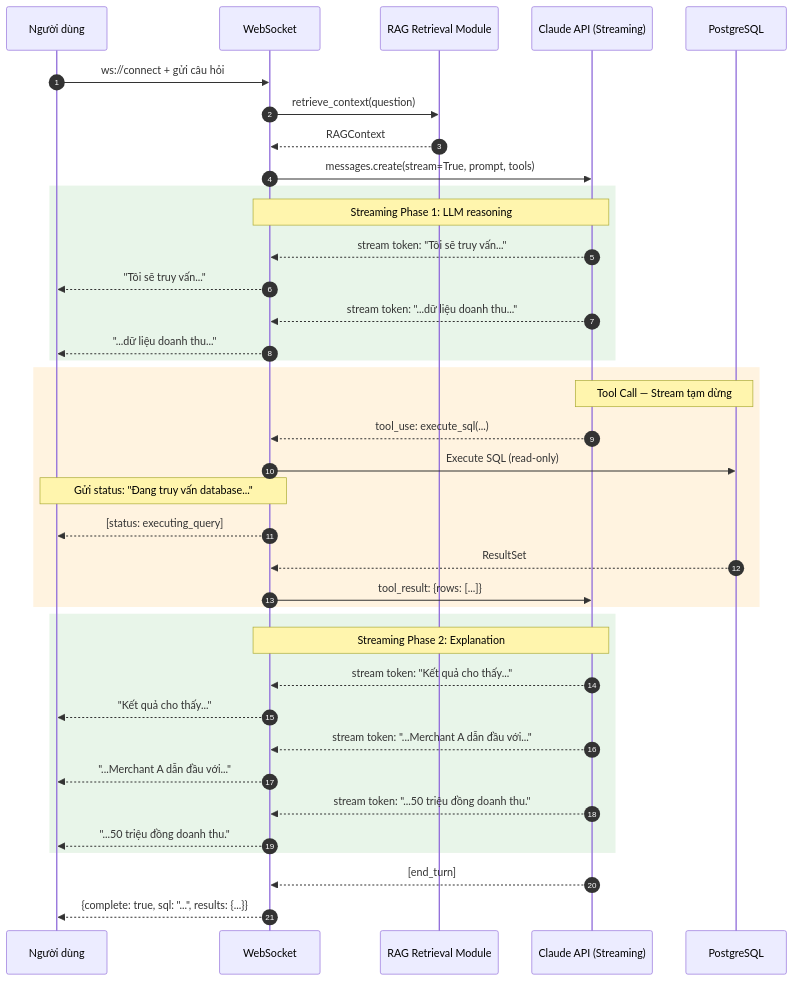
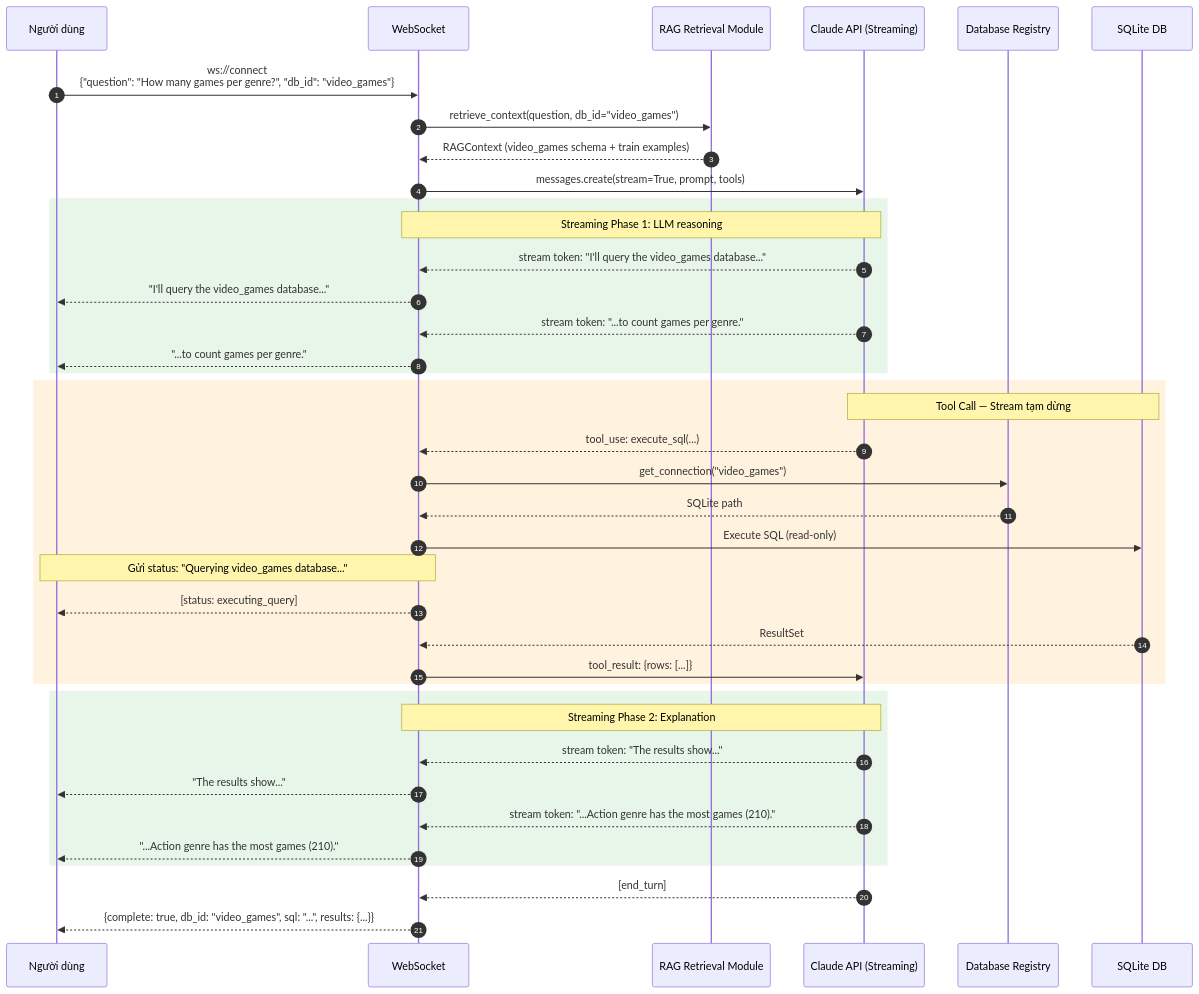
The fourth of 6 diagrams in docs/03_Technical_Assessment/pattern_2_rag_single_agent/04_sequence_diagrams.md (Learnheart/Text2SQL), drawn with Mermaid before and after one commit. The commit also changed other lines of this file and 3 other files, not shown here.

First line of the commit message:
rewrite architecture docs — BIRD multi-database + SQLite evaluation

````diff
--- a/docs/03_Technical_Assessment/pattern_2_rag_single_agent/04_sequence_diagrams.md
+++ b/docs/03_Technical_Assessment/pattern_2_rag_single_agent/04_sequence_diagrams.md
@@ -170,46 +172,47 @@
 ```mermaid
 sequenceDiagram
     autonumber
     participant User as Người dùng
     participant WS as WebSocket
     participant RAG as RAG Retrieval Module
     participant Claude as Claude API (Streaming)
-    participant PG as PostgreSQL
+    participant DR as Database Registry
+    participant SQLite as SQLite DB
 
-    User->>WS: ws://connect + gửi câu hỏi
-    WS->>RAG: retrieve_context(question)
-    RAG-->>WS: RAGContext
+    User->>WS: ws://connect<br/>{"question": "How many games per genre?", "db_id": "video_games"}
+    WS->>RAG: retrieve_context(question, db_id="video_games")
+    RAG-->>WS: RAGContext (video_games schema + train examples)
 
     WS->>Claude: messages.create(stream=True, prompt, tools)
 
     rect rgb(232, 245, 233)
         Note over Claude, WS: Streaming Phase 1: LLM reasoning
-        Claude-->>WS: stream token: "Tôi sẽ truy vấn..."
-        WS-->>User: "Tôi sẽ truy vấn..."
-        Claude-->>WS: stream token: "...dữ liệu doanh thu..."
-        WS-->>User: "...dữ liệu doanh thu..."
+        Claude-->>WS: stream token: "I'll query the video_games database..."
+        WS-->>User: "I'll query the video_games database..."
+        Claude-->>WS: stream token: "...to count games per genre."
+        WS-->>User: "...to count games per genre."
     end
 
     rect rgb(255, 243, 224)
-        Note over Claude, PG: Tool Call — Stream tạm dừng
+        Note over Claude, SQLite: Tool Call — Stream tạm dừng
         Claude-->>WS: tool_use: execute_sql(...)
-        WS->>PG: Execute SQL (read-only)
-        Note over WS, User: Gửi status: "Đang truy vấn database..."
+        WS->>DR: get_connection("video_games")
+        DR-->>WS: SQLite path
+        WS->>SQLite: Execute SQL (read-only)
+        Note over WS, User: Gửi status: "Querying video_games database..."
         WS-->>User: [status: executing_query]
-        PG-->>WS: ResultSet
+        SQLite-->>WS: ResultSet
         WS->>Claude: tool_result: {rows: [...]}
     end
 
     rect rgb(232, 245, 233)
         Note over Claude, WS: Streaming Phase 2: Explanation
-        Claude-->>WS: stream token: "Kết quả cho thấy..."
-        WS-->>User: "Kết quả cho thấy..."
-        Claude-->>WS: stream token: "...Merchant A dẫn đầu với..."
-        WS-->>User: "...Merchant A dẫn đầu với..."
-        Claude-->>WS: stream token: "...50 triệu đồng doanh thu."
-        WS-->>User: "...50 triệu đồng doanh thu."
+        Claude-->>WS: stream token: "The results show..."
+        WS-->>User: "The results show..."
+        Claude-->>WS: stream token: "...Action genre has the most games (210)."
+        WS-->>User: "...Action genre has the most games (210)."
     end
 
     Claude-->>WS: [end_turn]
-    WS-->>User: {complete: true, sql: "...", results: {...}}
+    WS-->>User: {complete: true, db_id: "video_games", sql: "...", results: {...}}
 ```
````
